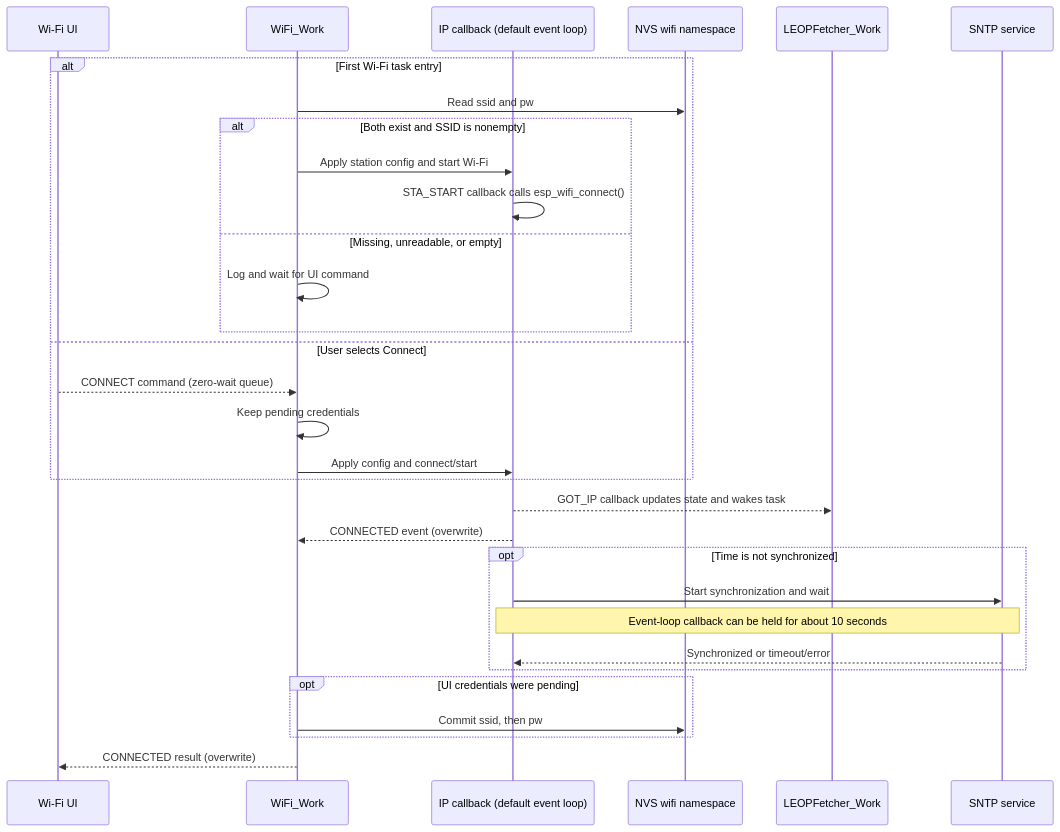
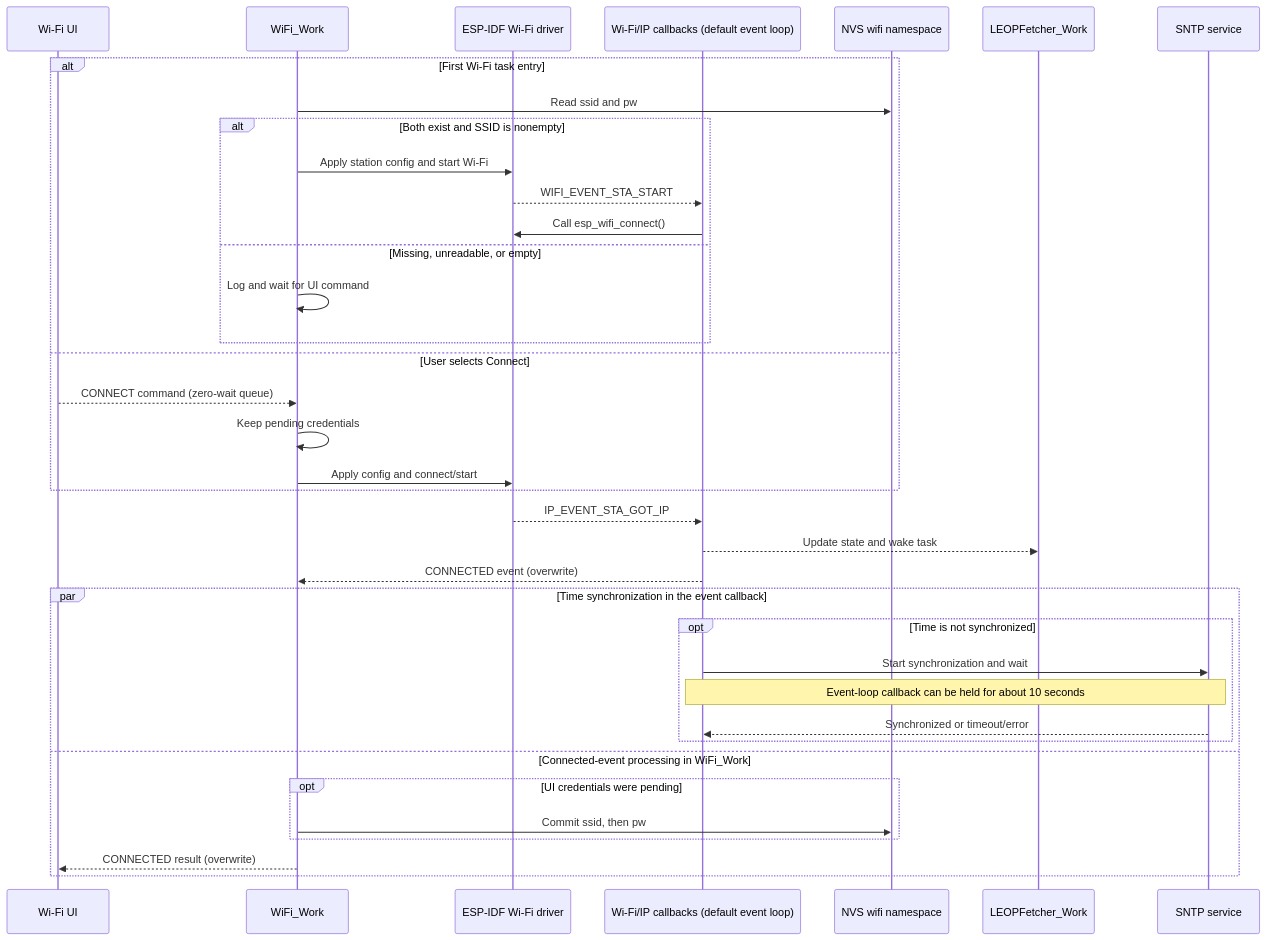
The second of 5 diagrams in docs/connectivity.md (keseboleliasteliacom/14_LVGL_BTN), drawn with Mermaid before and after one commit. The commit also changed other lines of this file and 5 other files, not shown here.

````diff
--- a/docs/connectivity.md
+++ b/docs/connectivity.md
@@ -71,34 +71,40 @@
 ```mermaid
 sequenceDiagram
     participant UI as Wi-Fi UI
     participant WT as WiFi_Work
-    participant IDF as IP callback (default event loop)
+    participant DRIVER as ESP-IDF Wi-Fi driver
+    participant EVENTS as Wi-Fi/IP callbacks (default event loop)
     participant NVS as NVS wifi namespace
     participant LEOP as LEOPFetcher_Work
     participant SNTP as SNTP service
 
     alt First Wi-Fi task entry
         WT->>NVS: Read ssid and pw
         alt Both exist and SSID is nonempty
-            WT->>IDF: Apply station config and start Wi-Fi
-            IDF->>IDF: STA_START callback calls esp_wifi_connect()
+            WT->>DRIVER: Apply station config and start Wi-Fi
+            DRIVER-->>EVENTS: WIFI_EVENT_STA_START
+            EVENTS->>DRIVER: Call esp_wifi_connect()
         else Missing, unreadable, or empty
             WT->>WT: Log and wait for UI command
         end
     else User selects Connect
         UI-->>WT: CONNECT command (zero-wait queue)
         WT->>WT: Keep pending credentials
-        WT->>IDF: Apply config and connect/start
+        WT->>DRIVER: Apply config and connect/start
     end
-    IDF-->>LEOP: GOT_IP callback updates state and wakes task
-    IDF-->>WT: CONNECTED event (overwrite)
-    opt Time is not synchronized
-        IDF->>SNTP: Start synchronization and wait
-        Note over IDF,SNTP: Event-loop callback can be held for about 10 seconds
-        SNTP-->>IDF: Synchronized or timeout/error
+    DRIVER-->>EVENTS: IP_EVENT_STA_GOT_IP
+    EVENTS-->>LEOP: Update state and wake task
+    EVENTS-->>WT: CONNECTED event (overwrite)
+    par Time synchronization in the event callback
+        opt Time is not synchronized
+            EVENTS->>SNTP: Start synchronization and wait
+            Note over EVENTS,SNTP: Event-loop callback can be held for about 10 seconds
+            SNTP-->>EVENTS: Synchronized or timeout/error
+        end
+    and Connected-event processing in WiFi_Work
+        opt UI credentials were pending
+            WT->>NVS: Commit ssid, then pw
+        end
+        WT-->>UI: CONNECTED result (overwrite)
     end
-    opt UI credentials were pending
-        WT->>NVS: Commit ssid, then pw
-    end
-    WT-->>UI: CONNECTED result (overwrite)
 ```
````
